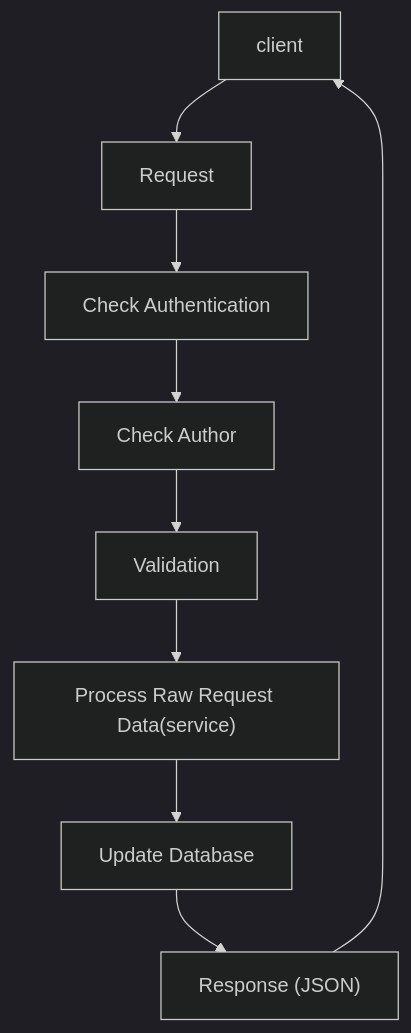
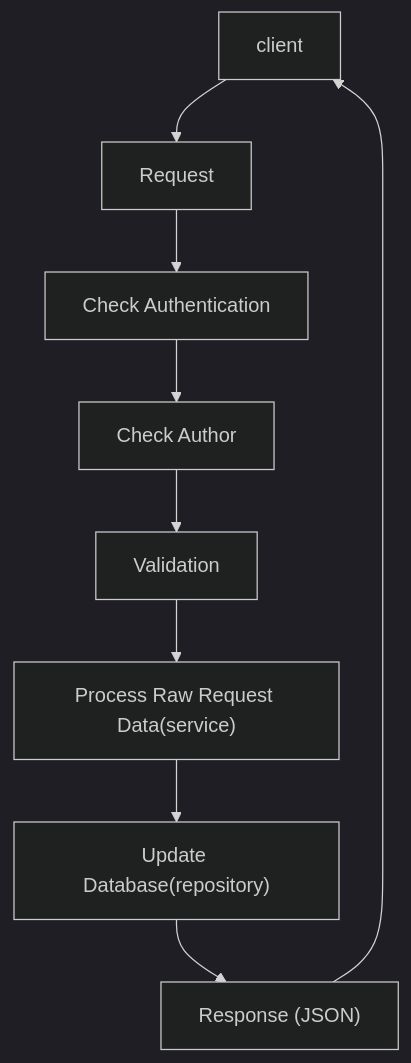
One commit to work-duytn/ai-nft changed the diagram in doc-architect.md. Above: the diagram before and after it, drawn with Mermaid (dark theme). The commit also changed other lines of this file, not shown here.

Commit message:
doc-architect.md updated from https://stackedit.io/

````diff
--- a/doc-architect.md
+++ b/doc-architect.md
@@ -4,10 +4,10 @@
 ```mermaid
 flowchart TB
 client-->A
 A[Request] --> B[Check Authentication]
 B --> C[Check Author]
 C --> D[Validation]
 D --> E["Process Raw Request Data(service)"]
-E --> F["Update Database"]
+E --> F["Update Database(repository)"]
 F --> G["Response (JSON)"]	--> client
 ```
````
